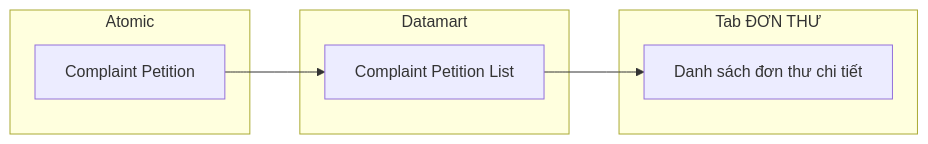
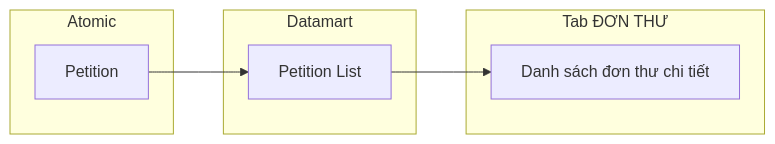
Before and after one commit to linhlvit/ubck_atomic_design: diagram 44 of 46 in Datamart/hld/DTM_TT_HLD.md, drawn with Mermaid. The commit also changed other lines of this file and 41 other files, not shown here.

````diff
--- a/Datamart/hld/DTM_TT_HLD.md
+++ b/Datamart/hld/DTM_TT_HLD.md
@@ -1626,14 +1722,14 @@
 ```mermaid
 flowchart LR
     subgraph SIL["Atomic"]
-        SV1["Complaint Petition"]
+        SV1["Petition"]
     end
     subgraph Datamart["Datamart"]
-        G1["Complaint Petition List"]
+        G1["Petition List"]
     end
     subgraph RPT["Tab ĐƠN THƯ"]
         R1["Danh sách đơn thư chi tiết"]
     end
     SV1 --> G1
     G1 --> R1
 ```
````
